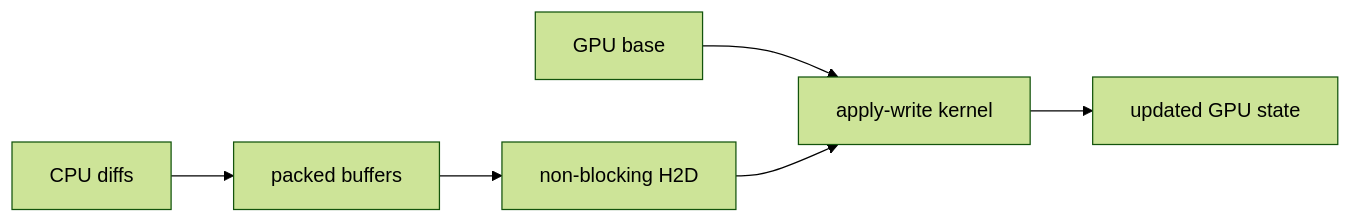
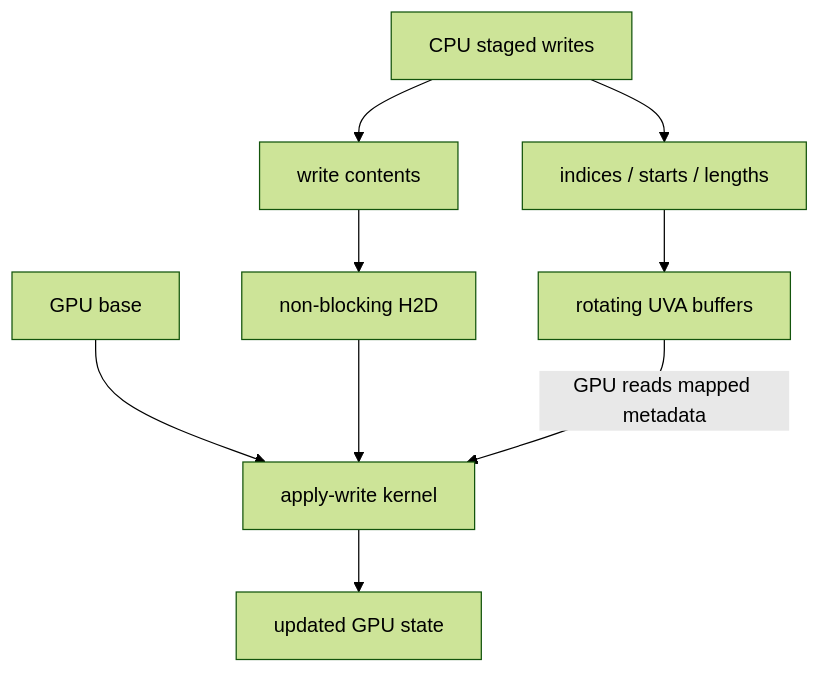
One commit to cluster1900/vllm_reader changed diagram 22 of 41 in book/07-model-execution/README.md. Above: the diagram before and after it, drawn with Mermaid (forest theme). The commit also changed other lines of this file and 19 other files, not shown here.

````diff
--- a/book/07-model-execution/README.md
+++ b/book/07-model-execution/README.md
@@ -631,8 +641,11 @@
 ```mermaid
-flowchart LR
+flowchart TD
     BASE["GPU base"] --> APPLY["apply-write kernel"]
-    DIFF["CPU diffs"] --> PACK["packed buffers"]
+    DIFF["CPU staged writes"] --> PACK["write contents"]
     PACK --> COPY["non-blocking H2D"]
     COPY --> APPLY
+    DIFF --> INDEX["indices / starts / lengths"]
+    INDEX --> UVA["rotating UVA buffers"]
+    UVA -->|GPU reads mapped metadata| APPLY
     APPLY --> NEW["updated GPU state"]
 ```
````
